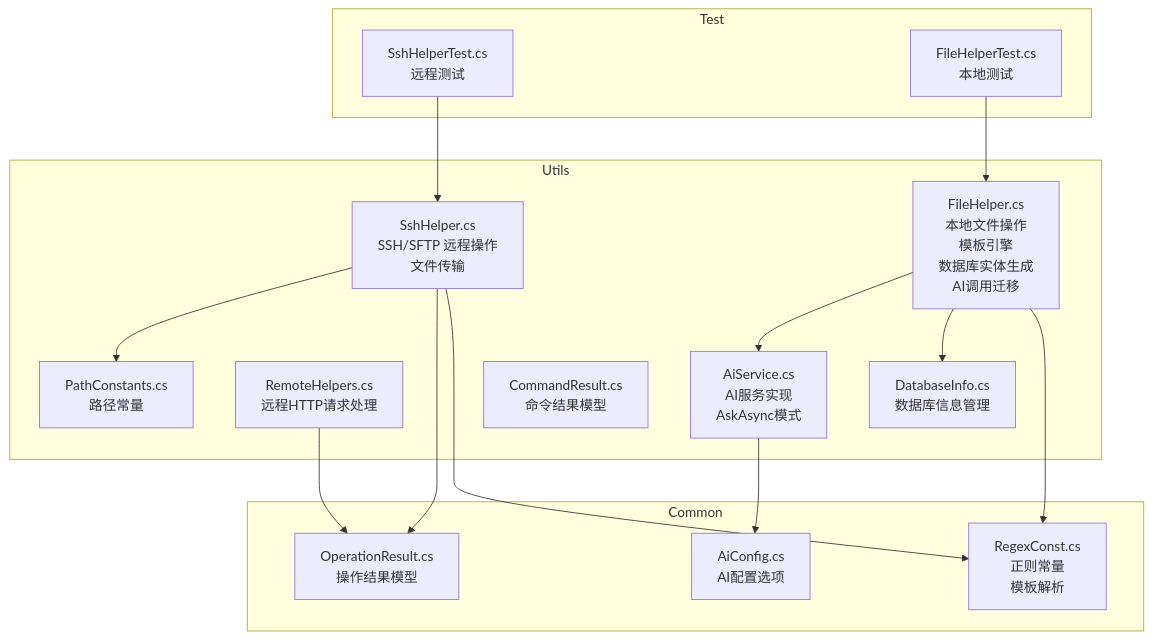
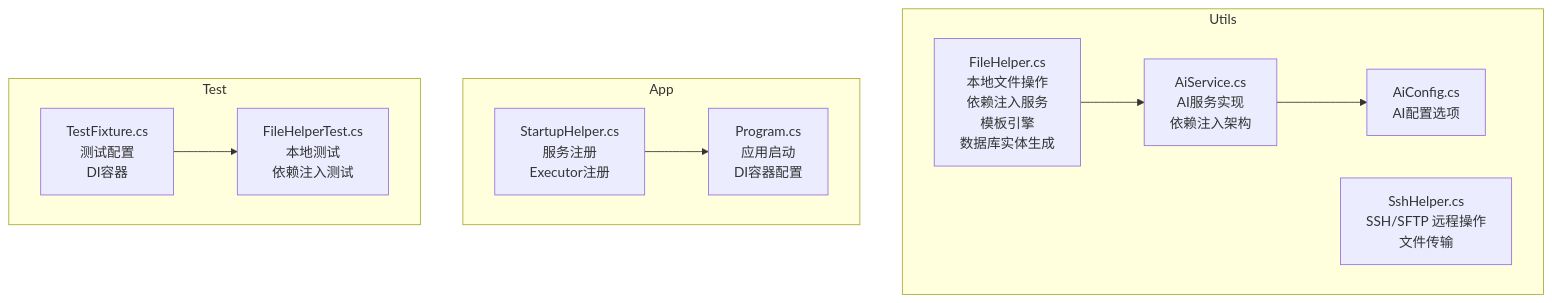
The first of 7 diagrams in .qoder/repowiki/zh/content/工具库详解/文件操作工具.md (Sosososolong/AirGo), drawn with Mermaid before and after one commit. The commit also changed other lines of this file and 13 other files, not shown here.

````diff
--- a/.qoder/repowiki/zh/content/工具库详解/文件操作工具.md
+++ b/.qoder/repowiki/zh/content/工具库详解/文件操作工具.md
@@ -57,31 +54,21 @@
 ```mermaid
 graph TB
 subgraph "Utils"
-FH["FileHelper.cs<br/>本地文件操作<br/>模板引擎<br/>数据库实体生成<br/>AI调用迁移"]
+FH["FileHelper.cs<br/>本地文件操作<br/>依赖注入服务<br/>模板引擎<br/>数据库实体生成"]
 SH["SshHelper.cs<br/>SSH/SFTP 远程操作<br/>文件传输"]
-AS["AiService.cs<br/>AI服务实现<br/>AskAsync模式"]
-RH["RemoteHelpers.cs<br/>远程HTTP请求处理"]
-DBI["DatabaseInfo.cs<br/>数据库信息管理"]
-PC["PathConstants.cs<br/>路径常量"]
-CR["CommandResult.cs<br/>命令结果模型"]
-end
-subgraph "Common"
-RC["RegexConst.cs<br/>正则常量<br/>模板解析"]
-OR["OperationResult.cs<br/>操作结果模型"]
+AS["AiService.cs<br/>AI服务实现<br/>依赖注入架构"]
 AC["AiConfig.cs<br/>AI配置选项"]
 end
+subgraph "App"
+SHU["StartupHelper.cs<br/>服务注册<br/>Executor注册"]
+PRG["Program.cs<br/>应用启动<br/>DI容器配置"]
+end
 subgraph "Test"
-SHT["SshHelperTest.cs<br/>远程测试"]
-FHT["FileHelperTest.cs<br/>本地测试"]
+TF["TestFixture.cs<br/>测试配置<br/>DI容器"]
+FHT["FileHelperTest.cs<br/>本地测试<br/>依赖注入测试"]
 end
-FH --> RC
-FH --> DBI
 FH --> AS
-SH --> RC
-SH --> OR
-SH --> PC
 AS --> AC
-RH --> OR
-SHT --> SH
-FHT --> FH
+SHU --> PRG
+TF --> FHT
 ```
````
